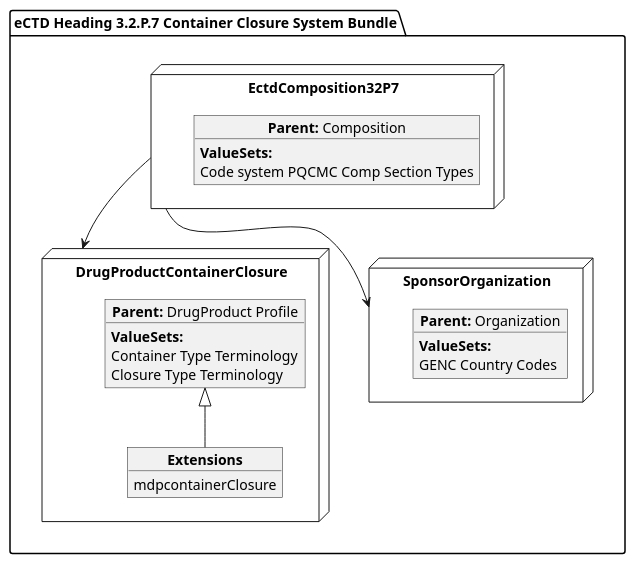
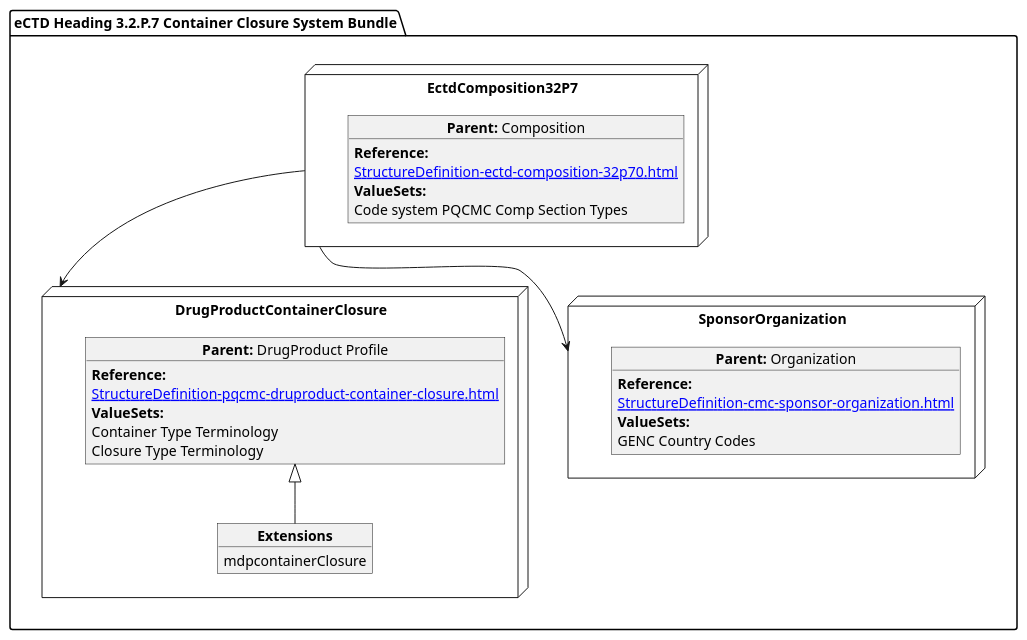
Before and after one commit to HL7/FHIR-us-pq-cmc-fda: the diagram in input/images-source/ContainerClosure.plantuml, drawn with PlantUML. The commit also changed 40 other files, not shown here.

```diff
--- a/input/images-source/ContainerClosure.plantuml
+++ b/input/images-source/ContainerClosure.plantuml
@@ -1,35 +1,42 @@
 @startuml
 allowmixing
 'Mixed model of use case and object
 package "eCTD Heading 3.2.P.7 Container Closure System Bundle" as NODES {
    
+
   node "EctdComposition32P7" as N1 { 
       object "**Parent:** Composition" as obj1 {
+      **Reference:**
+      [[StructureDefinition-ectd-composition-32p70.html]]
       **ValueSets:**
   Code system PQCMC Comp Section Types
     }   
 }
 node "DrugProductContainerClosure" as N21 { 
       object "**Parent:** DrugProduct Profile" as obj22 {
+           **Reference:**
+      [[StructureDefinition-pqcmc-druproduct-container-closure.html]]
         **ValueSets:**
         Container Type Terminology
         Closure Type Terminology
     }
     object "**Extensions**" as objEx {
         mdpcontainerClosure
     }
     obj22 <|-- objEx
 }
 
 node "SponsorOrganization" as NSO { 
       object "**Parent:** Organization" as objAu {
+           **Reference:**
+      [[StructureDefinition-cmc-sponsor-organization.html]]
         **ValueSets:**
         GENC Country Codes
     }
 }
 }
 
 N1 --> N21
 N1 --> NSO
 
 @enduml
```
